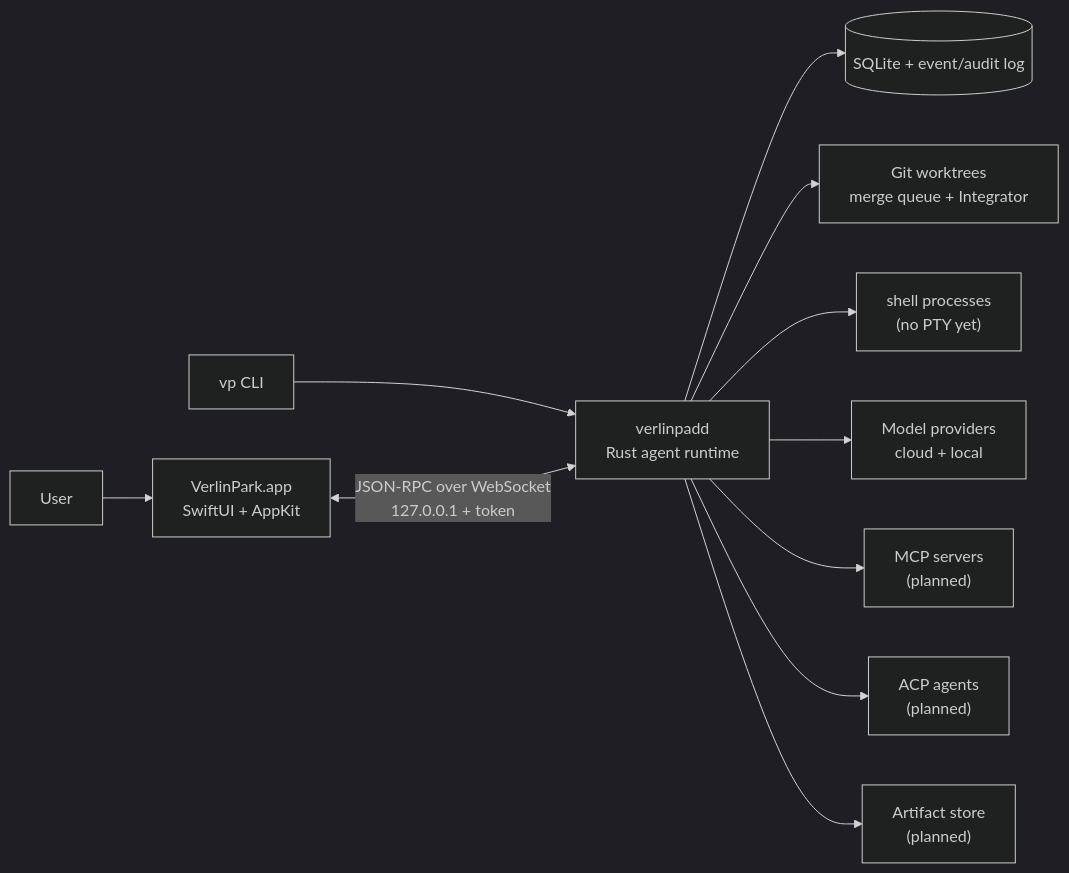
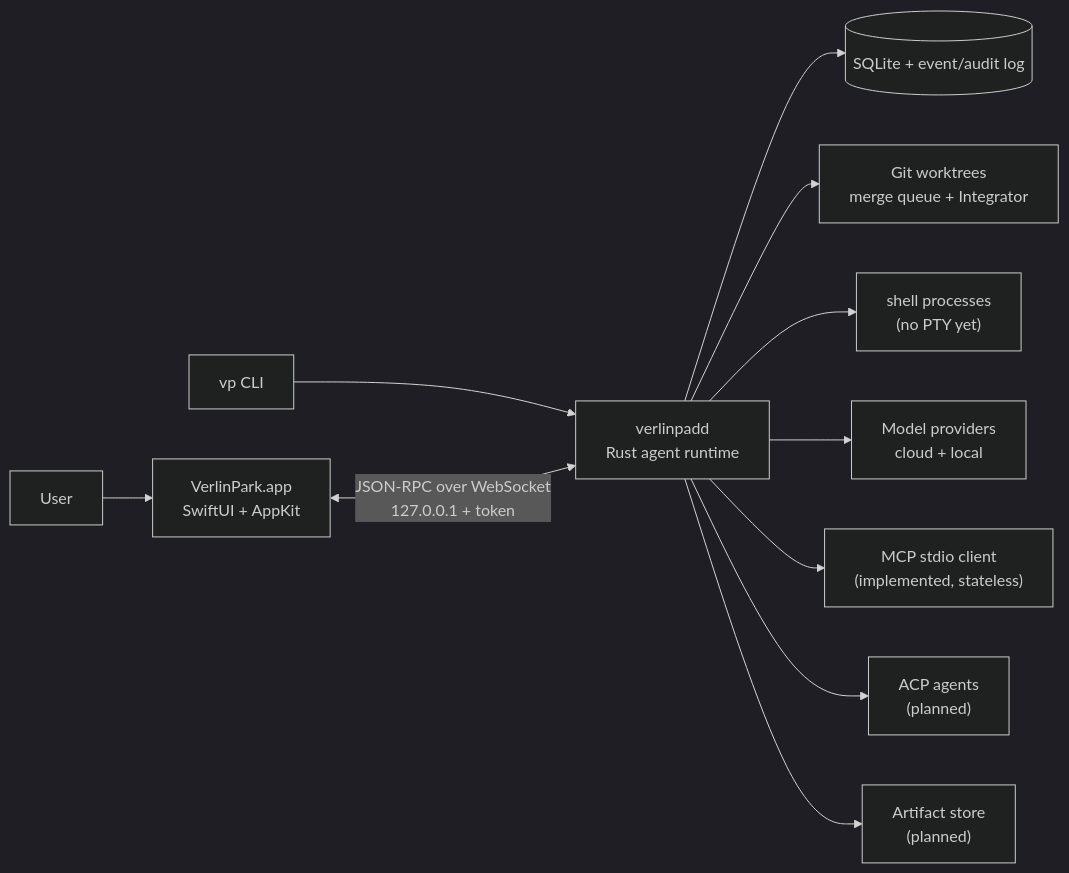
The diagram in README.md (Verlintas/VerlinPark), drawn with Mermaid (dark theme) before and after one commit. The commit also changed other lines of this file and 20 other files, not shown here.

Commit message:
feat(integrations): add stateless MCP stdio client

````diff
--- a/README.md
+++ b/README.md
@@ -74,13 +74,13 @@
 ```mermaid
 flowchart LR
   U[User] --> APP["VerlinPark.app<br/>SwiftUI + AppKit"]
   CLI["vp CLI"] --> CORE
   APP <-->|"JSON-RPC over WebSocket<br/>127.0.0.1 + token"| CORE["verlinpadd<br/>Rust agent runtime"]
   CORE --> DB[("SQLite + event/audit log")]
   CORE --> GIT["Git worktrees<br/>merge queue + Integrator"]
   CORE --> PTY["shell processes<br/>(no PTY yet)"]
   CORE --> LLM["Model providers<br/>cloud + local"]
-  CORE --> MCP["MCP servers<br/>(planned)"]
+  CORE --> MCP["MCP stdio client<br/>(implemented, stateless)"]
   CORE --> ACP["ACP agents<br/>(planned)"]
   CORE --> ART["Artifact store<br/>(planned)"]
 ```
````
